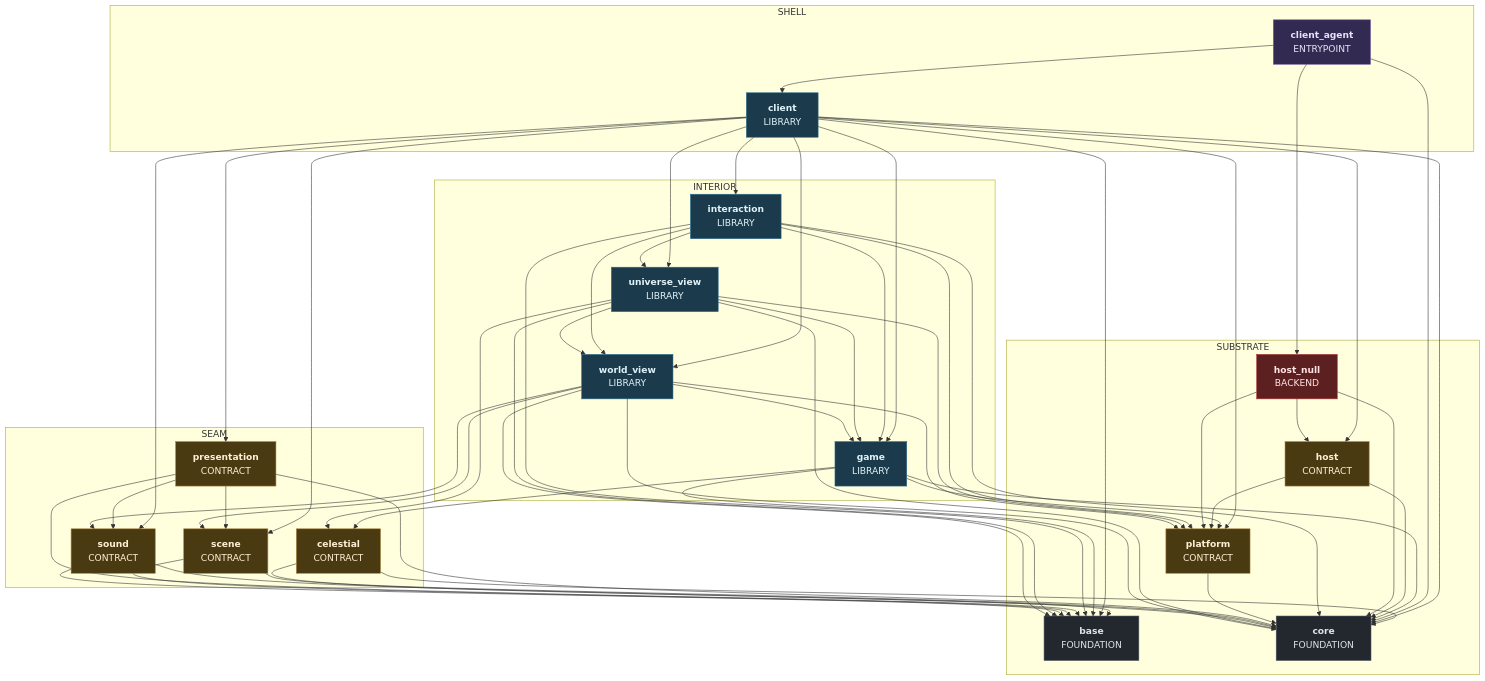
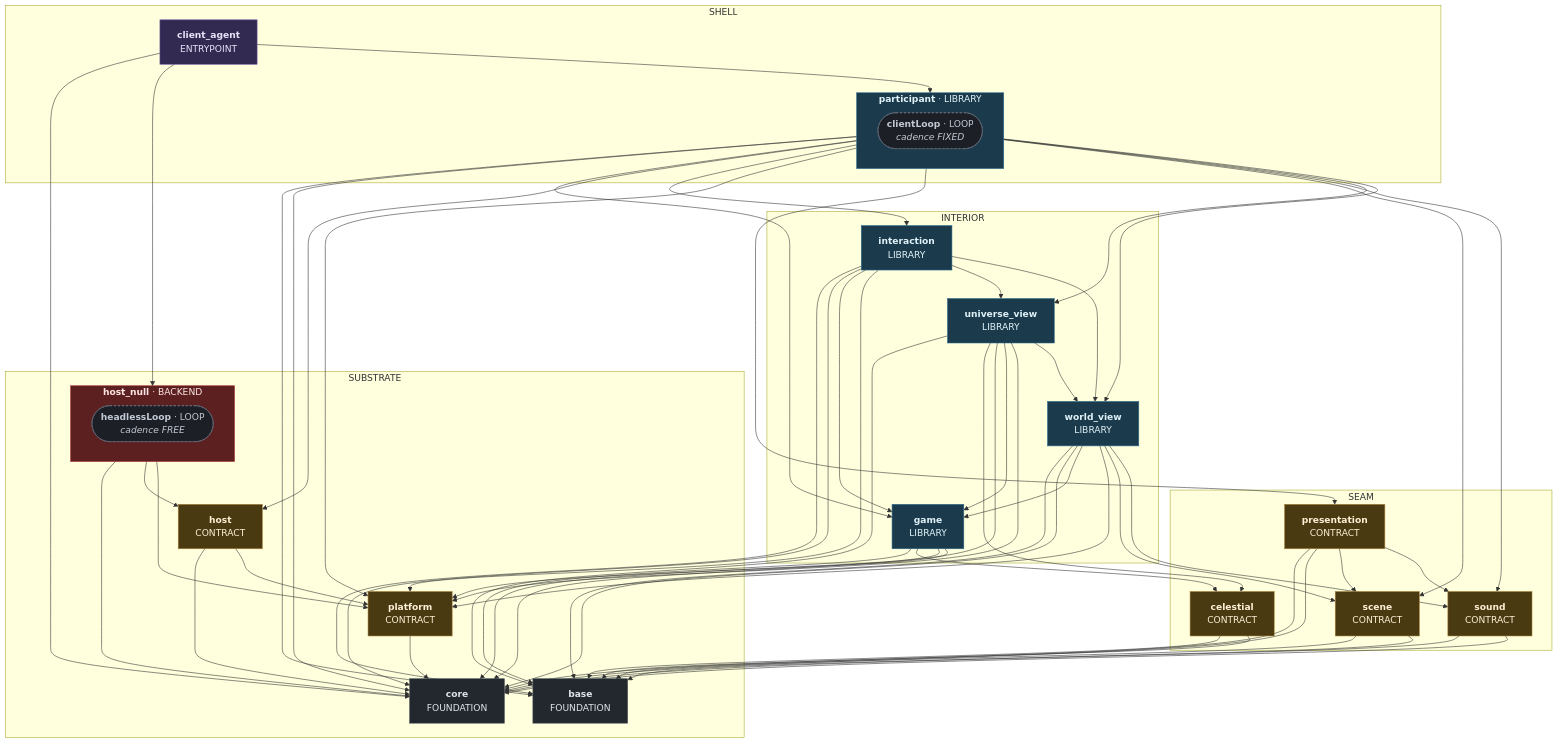
Before and after one commit to apnex/OpenStarbound: the third of 10 diagrams in docs/superpowers/specs/2026-08-01-sovereign-headless-client-design.md, drawn with Mermaid. The commit also changed other lines of this file and 2 other files, not shown here.

````diff
--- a/docs/superpowers/specs/2026-08-01-sovereign-headless-client-design.md
+++ b/docs/superpowers/specs/2026-08-01-sovereign-headless-client-design.md
@@ -1132,7 +1132,9 @@
     base["<b>base</b><br/>FOUNDATION"]
     core["<b>core</b><br/>FOUNDATION"]
     host["<b>host</b><br/>CONTRACT"]
-    host_null["<b>host_null</b><br/>BACKEND"]
+    subgraph host_null ["<b>host_null</b> · BACKEND"]
+      host_null_headlessLoop(["<b>headlessLoop</b> · LOOP<br/><i>cadence FREE</i>"])
+    end
     platform["<b>platform</b><br/>CONTRACT"]
   end
   subgraph Z_SEAM ["SEAM"]
@@ -1148,25 +1150,16 @@
     world_view["<b>world_view</b><br/>LIBRARY"]
   end
   subgraph Z_SHELL ["SHELL"]
-    client["<b>client</b><br/>LIBRARY"]
     client_agent["<b>client_agent</b><br/>ENTRYPOINT"]
+    subgraph participant ["<b>participant</b> · LIBRARY"]
+      participant_clientLoop(["<b>clientLoop</b> · LOOP<br/><i>cadence FIXED</i>"])
+    end
   end
   celestial --> base
   celestial --> core
-  client --> base
-  client --> core
-  client --> game
-  client --> host
-  client --> interaction
-  client --> platform
-  client --> presentation
-  client --> scene
-  client --> sound
-  client --> universe_view
-  client --> world_view
-  client_agent --> client
   client_agent --> core
   client_agent --> host_null
+  client_agent --> participant
   game --> base
   game --> celestial
   game --> core
@@ -1182,6 +1175,17 @@
   interaction --> platform
   interaction --> universe_view
   interaction --> world_view
+  participant --> base
+  participant --> core
+  participant --> game
+  participant --> host
+  participant --> interaction
+  participant --> platform
+  participant --> presentation
+  participant --> scene
+  participant --> sound
+  participant --> universe_view
+  participant --> world_view
   platform --> core
   presentation --> base
   presentation --> core
@@ -1208,9 +1212,11 @@
   classDef kBackend fill:#5c2020,stroke:#aa3333,color:#ffe5e5
   classDef kLibrary fill:#1b3a4b,stroke:#2c6e8f,color:#e0f2f9
   classDef kEntrypoint fill:#332a52,stroke:#6d5fa8,color:#e8e2f8
+  classDef kElement fill:#1c1f25,stroke:#6b7482,color:#c2c9d4,stroke-dasharray:4 3
   class base,core kFoundation
   class celestial,host,platform,presentation,scene,sound kContract
   class host_null kBackend
-  class client,game,interaction,universe_view,world_view kLibrary
+  class game,interaction,participant,universe_view,world_view kLibrary
   class client_agent kEntrypoint
+  class host_null_headlessLoop,participant_clientLoop kElement
 ```
````
